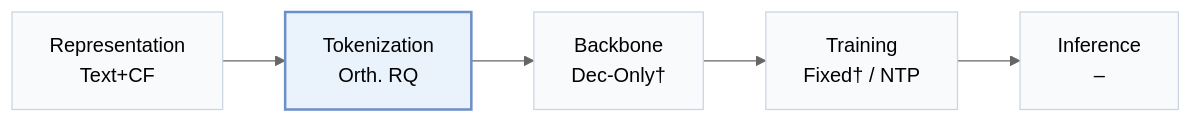
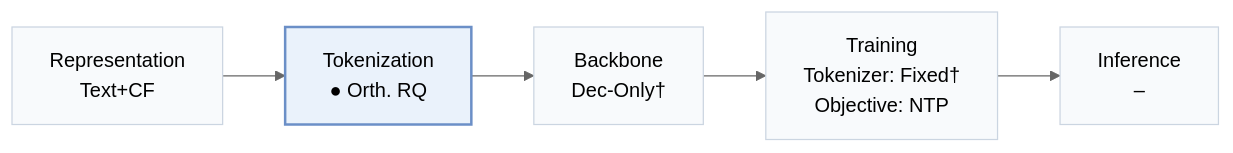
Before and after one commit to Galaxy-ghost/Awesome-SID-Generative-Rec: the first of 2 diagrams in pages/papers/dos.md, drawn with Mermaid (neutral theme). The commit also changed other lines of this file and 558 other files, not shown here.

````diff
--- a/pages/papers/dos.md
+++ b/pages/papers/dos.md
@@ -15,8 +18,8 @@
 ```mermaid
 flowchart LR
-    R["Representation<br/>Text+CF"] --> T["Tokenization<br/>Orth. RQ"] --> B["Backbone<br/>Dec-Only†"] --> TR["Training<br/>Fixed† / NTP"] --> I["Inference<br/>–"]
+    R["Representation<br/>Text+CF"] --> T["Tokenization<br/>● Orth. RQ"] --> B["Backbone<br/>Dec-Only†"] --> TR["Training<br/>Tokenizer: Fixed†<br/>Objective: NTP"] --> I["Inference<br/>–"]
     classDef base fill:#f8fafc,stroke:#cbd5e1
     class R,T,B,TR,I base
     classDef main fill:#eaf2fb,stroke:#6b8fc7,stroke-width:2px
     class T main
 ```
````
